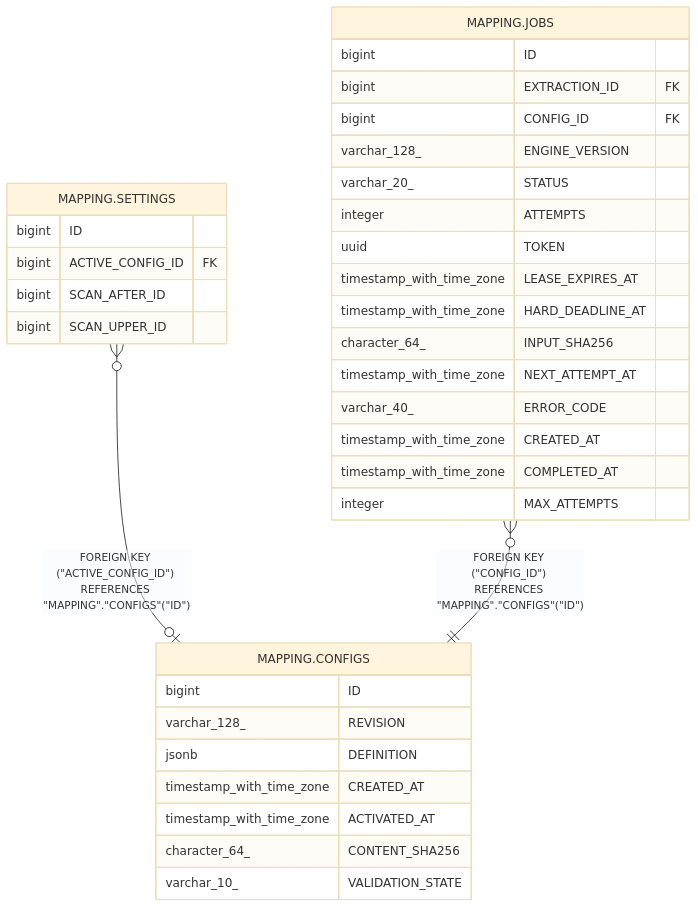
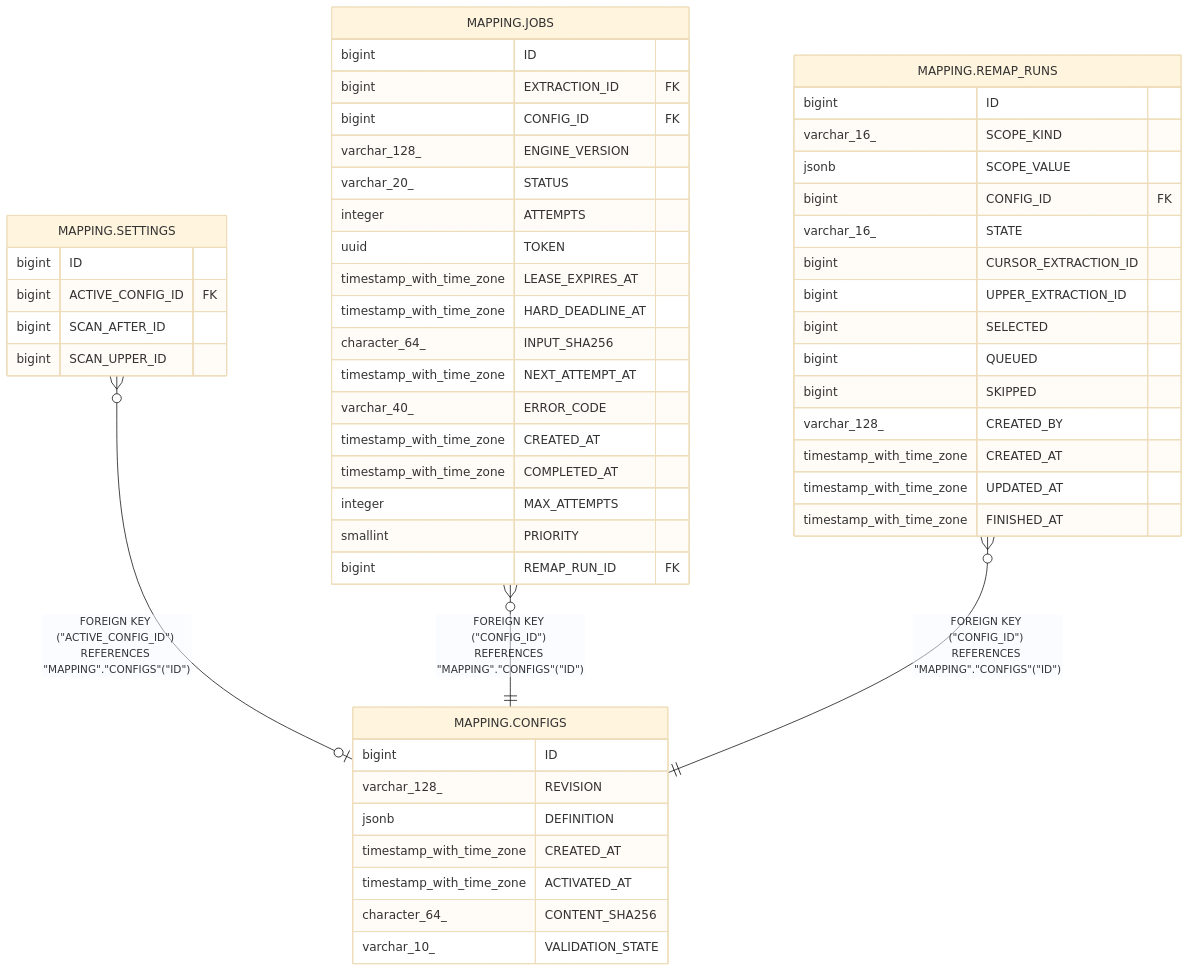
Before and after one commit to happidude/cv-compass: the diagram in docs/db/MAPPING.CONFIGS.md, drawn with Mermaid (base theme). The commit also changed other lines of this file and 7 other files, not shown here.

First line of the commit message:
Isolate poisoned search test and regenerate schema docs for V17

````diff
--- a/docs/db/MAPPING.CONFIGS.md
+++ b/docs/db/MAPPING.CONFIGS.md
@@ -45,39 +45,58 @@
 ```mermaid
 erDiagram
 
 "MAPPING.SETTINGS" }o--o| "MAPPING.CONFIGS" : "FOREIGN KEY (#quot;ACTIVE_CONFIG_ID#quot;) REFERENCES #quot;MAPPING#quot;.#quot;CONFIGS#quot;(#quot;ID#quot;)"
 "MAPPING.JOBS" }o--|| "MAPPING.CONFIGS" : "FOREIGN KEY (#quot;CONFIG_ID#quot;) REFERENCES #quot;MAPPING#quot;.#quot;CONFIGS#quot;(#quot;ID#quot;)"
+"MAPPING.REMAP_RUNS" }o--|| "MAPPING.CONFIGS" : "FOREIGN KEY (#quot;CONFIG_ID#quot;) REFERENCES #quot;MAPPING#quot;.#quot;CONFIGS#quot;(#quot;ID#quot;)"
 
 "MAPPING.CONFIGS" {
   bigint ID
   varchar_128_ REVISION
   jsonb DEFINITION
   timestamp_with_time_zone CREATED_AT
   timestamp_with_time_zone ACTIVATED_AT
   character_64_ CONTENT_SHA256
   varchar_10_ VALIDATION_STATE
 }
 "MAPPING.SETTINGS" {
   bigint ID
   bigint ACTIVE_CONFIG_ID FK
   bigint SCAN_AFTER_ID
   bigint SCAN_UPPER_ID
 }
 "MAPPING.JOBS" {
   bigint ID
   bigint EXTRACTION_ID FK
   bigint CONFIG_ID FK
   varchar_128_ ENGINE_VERSION
   varchar_20_ STATUS
   integer ATTEMPTS
   uuid TOKEN
   timestamp_with_time_zone LEASE_EXPIRES_AT
   timestamp_with_time_zone HARD_DEADLINE_AT
   character_64_ INPUT_SHA256
   timestamp_with_time_zone NEXT_ATTEMPT_AT
   varchar_40_ ERROR_CODE
   timestamp_with_time_zone CREATED_AT
   timestamp_with_time_zone COMPLETED_AT
   integer MAX_ATTEMPTS
+  smallint PRIORITY
+  bigint REMAP_RUN_ID FK
+}
+"MAPPING.REMAP_RUNS" {
+  bigint ID
+  varchar_16_ SCOPE_KIND
+  jsonb SCOPE_VALUE
+  bigint CONFIG_ID FK
+  varchar_16_ STATE
+  bigint CURSOR_EXTRACTION_ID
+  bigint UPPER_EXTRACTION_ID
+  bigint SELECTED
+  bigint QUEUED
+  bigint SKIPPED
+  varchar_128_ CREATED_BY
+  timestamp_with_time_zone CREATED_AT
+  timestamp_with_time_zone UPDATED_AT
+  timestamp_with_time_zone FINISHED_AT
 }
 ```
````
